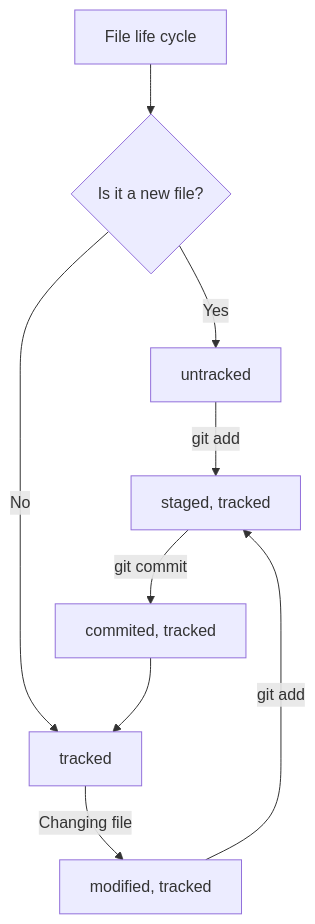
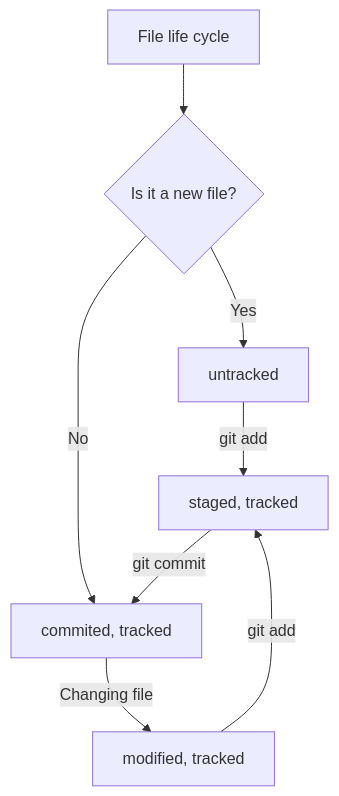
One commit to InspectorOfBeauty/yandex-git-course-notes changed the diagram in README.md. Above: the diagram before and after it, drawn with Mermaid.

Commit message:
Fix mermaid-scheme about Git file statuses to README.md (7)

````diff
--- a/README.md
+++ b/README.md
@@ -480,11 +480,10 @@
 ```mermaid
 graph TD;
 	A[File life cycle] --> B{Is it a new file?};
 	B -- Yes --> C[untracked];
-	B -- No --> D[tracked];
+	B -- No --> D[commited, tracked];
 	C -- git add --> E[staged, tracked];
-	E -- git commit --> F[commited, tracked];
-	F --> D[tracked]
+	E -- git commit --> D[commited, tracked];
 	D -- Changing file --> G[modified, tracked];
 	G -- git add --> E[staged, tracked];
 ```
````
